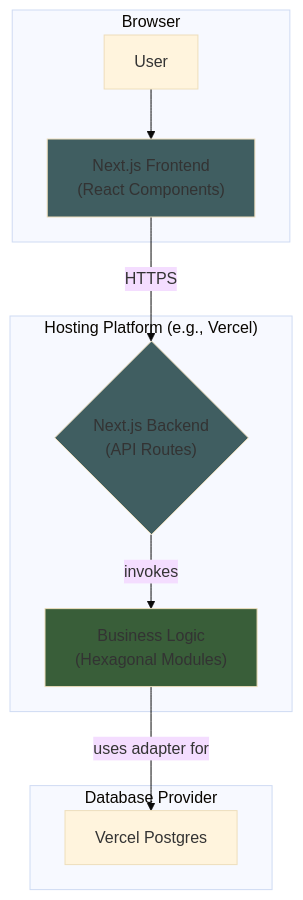
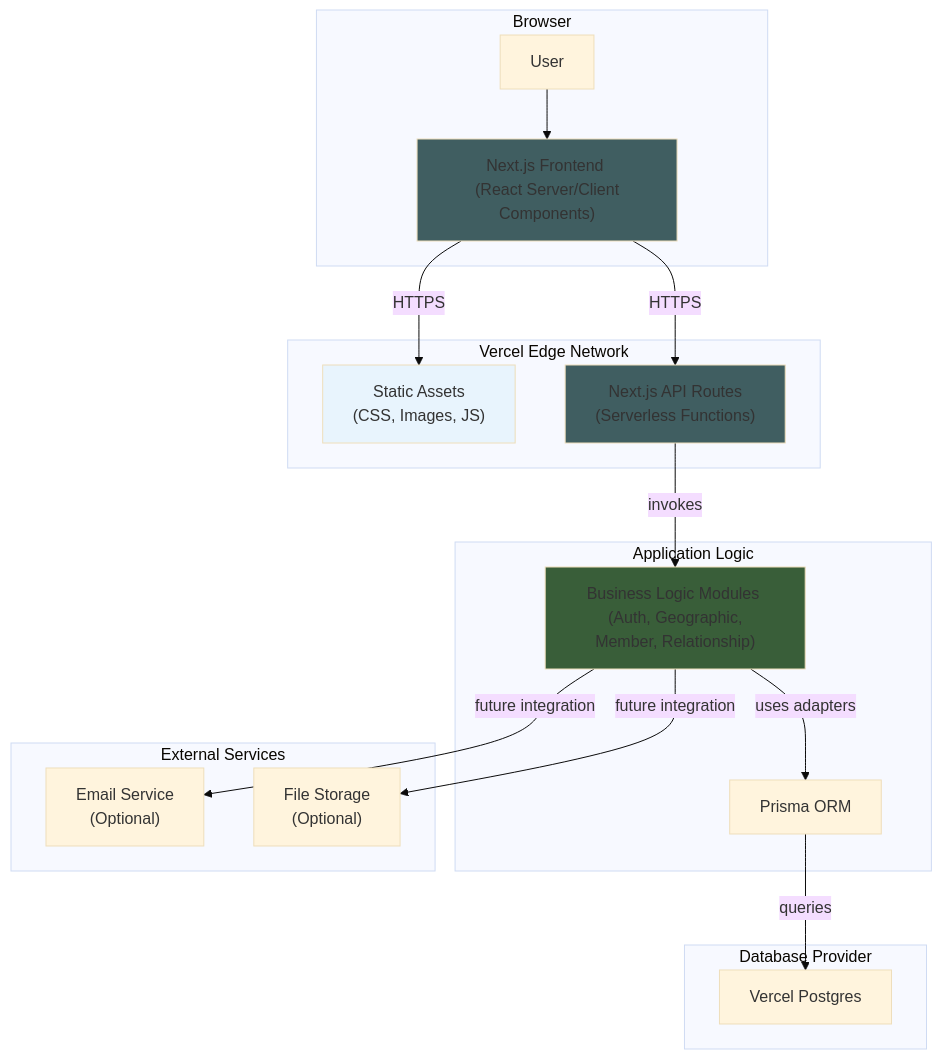
The first of 15 diagrams in docs/architecture.md (greg-latuszek/emma-companionship), drawn with Mermaid (base theme) before and after one commit. The commit also changed other lines of this file, not shown here.

Commit message:
refactor High Level Architecture for fullstack

````diff
--- a/docs/architecture.md
+++ b/docs/architecture.md
@@ -88,19 +107,30 @@
 ```mermaid
 graph TD
     subgraph Browser
-        A[User] --> B["Next.js Frontend <br> (React Components)"]
+        A[User] --> B["Next.js Frontend <br> (React Server/Client Components)"]
     end
 
-    subgraph "Hosting Platform (e.g., Vercel)"
-        B -- HTTPS --> C{"Next.js Backend <br> (API Routes)"}
-        C -- invokes --> D["Business Logic <br> (Hexagonal Modules)"]
+    subgraph "Vercel Edge Network"
+        B -- HTTPS --> C["Static Assets <br> (CSS, Images, JS)"]
+        B -- HTTPS --> D["Next.js API Routes <br> (Serverless Functions)"]
+    end
+
+    subgraph "Application Logic"
+        D -- invokes --> E["Business Logic Modules <br> (Auth, Geographic, Member, Relationship)"]
+        E -- uses adapters --> F["Prisma ORM"]
     end
 
     subgraph "Database Provider"
-        D -- uses adapter for --> E["Vercel Postgres"]
+        F -- queries --> G["Vercel Postgres"]
+    end
+
+    subgraph "External Services"
+        E -- future integration --> H["Email Service <br> (Optional)"]
+        E -- future integration --> I["File Storage <br> (Optional)"]
     end
 
     style B fill:#405E61
-    style C fill:#405E61
-    style D fill:#395E39
+    style D fill:#405E61
+    style E fill:#395E39
+    style C fill:#E8F4FD
 ```
````
